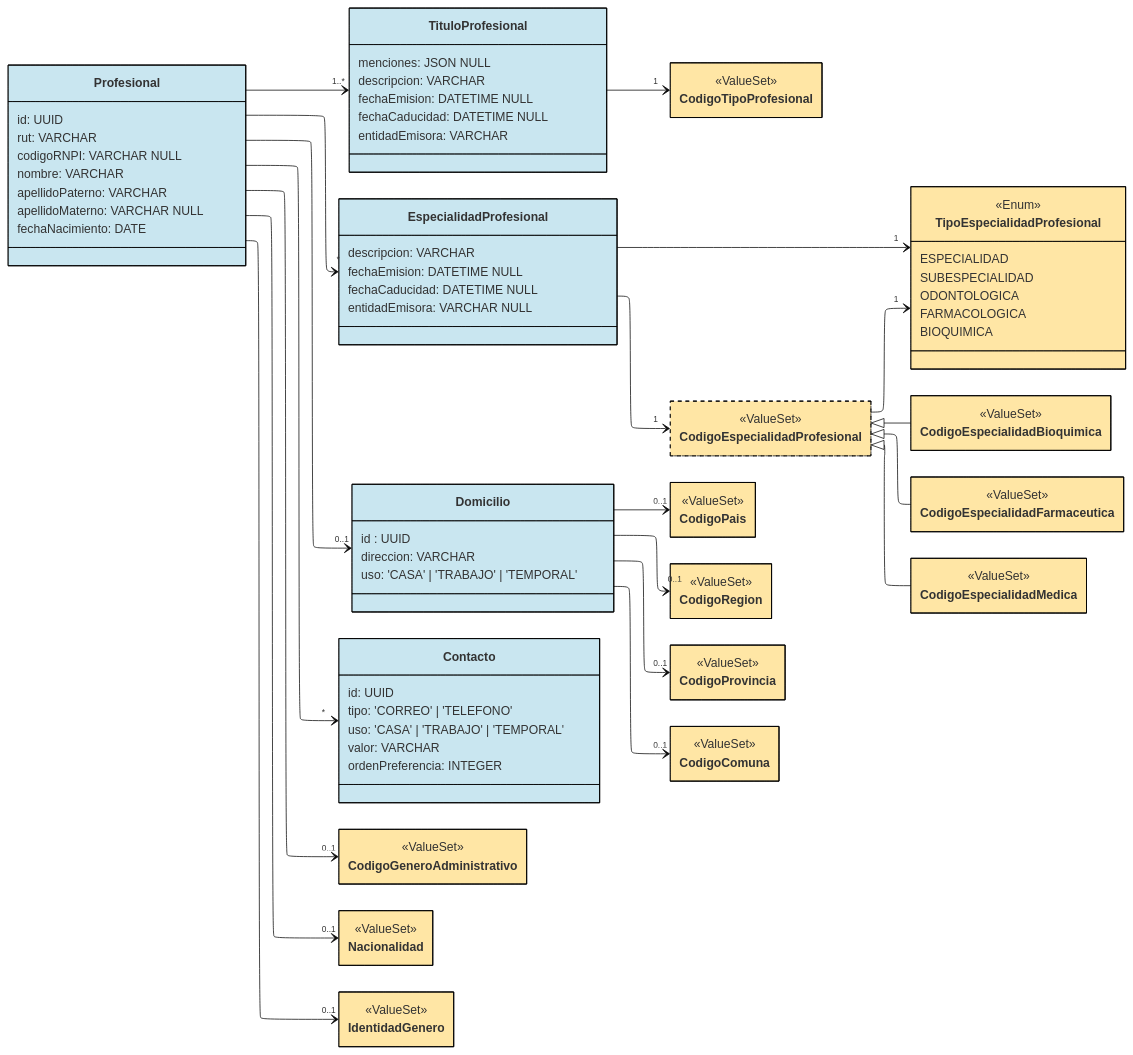
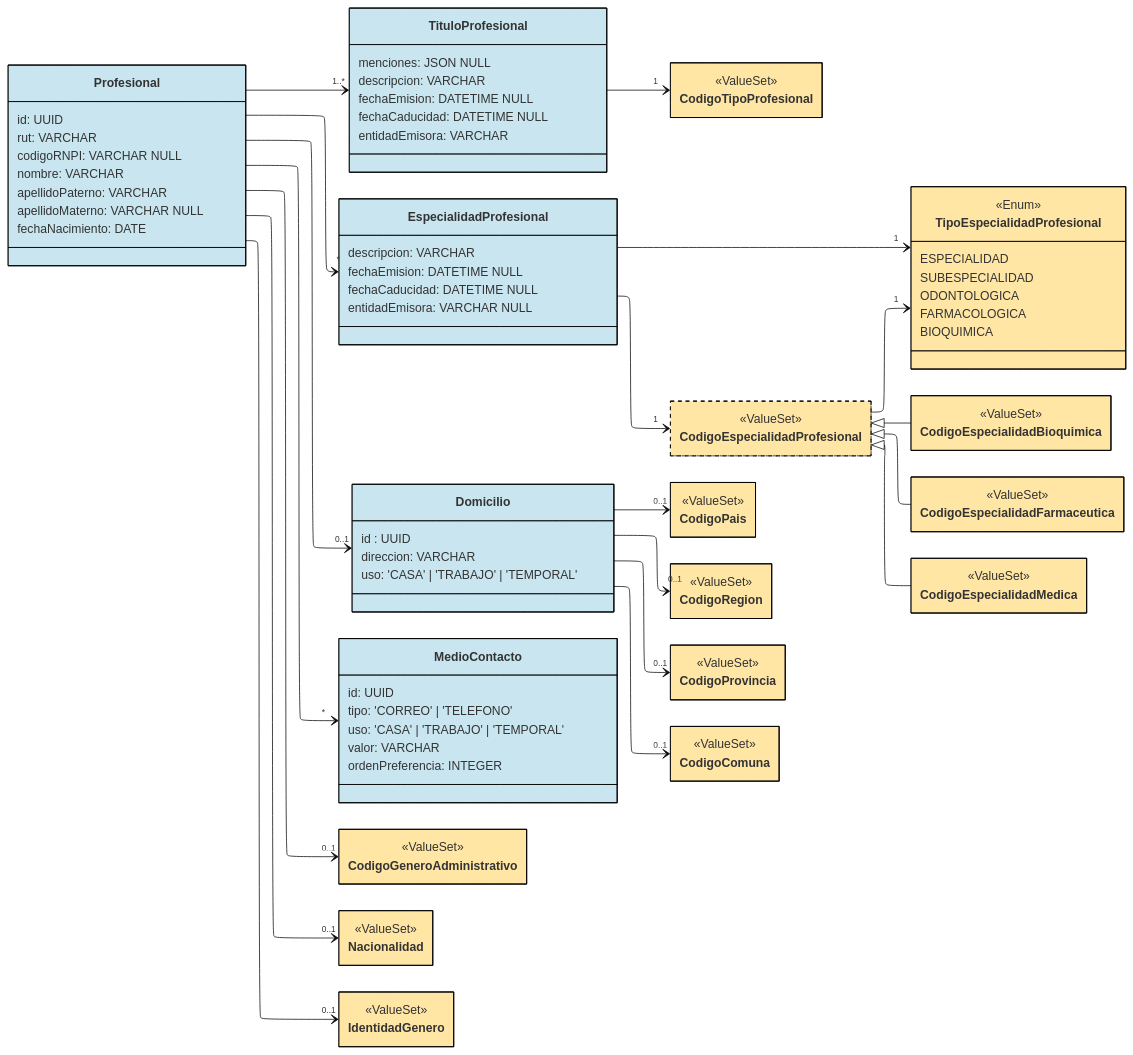
Before and after one commit to chris-f23/diagramas-fhir-tei: the diagram in docs/bundle-iniciar/Profesional.mmd, drawn with Mermaid. The commit also changed 1 other file, not shown here.

Commit message:
Agrega el diagrama para "paciente"

```diff
--- a/docs/bundle-iniciar/Profesional.mmd
+++ b/docs/bundle-iniciar/Profesional.mmd
@@ -1,134 +1,134 @@
 ---
 config:
   layout: elk
   theme: base
   class:
     hideEmptyMembersBox: true
   themeVariables:
     primaryBorderColor: "#000000"
     primaryColor: "#C9E6F0"
 ---
 
 classDiagram
 direction LR
 
 class Profesional {
   id: UUID
   rut: VARCHAR
   %% Codigo identificador en Registro Nacional de Prestadores Individuales, opcional.
   codigoRNPI: VARCHAR NULL
 
   nombre: VARCHAR
   apellidoPaterno: VARCHAR
   apellidoMaterno: VARCHAR NULL
 
   fechaNacimiento: DATE
 }
 
 class TituloProfesional {
   %% Su contenido es un array de strings
   menciones: JSON NULL
 
   descripcion: VARCHAR
   fechaEmision: DATETIME NULL
   fechaCaducidad: DATETIME NULL
   entidadEmisora: VARCHAR
 }
 
 class CodigoTipoProfesional { <<ValueSet>> }
 
 class EspecialidadProfesional {
   descripcion: VARCHAR
   fechaEmision: DATETIME NULL
   fechaCaducidad: DATETIME NULL
   entidadEmisora: VARCHAR NULL
 }
 
 class TipoEspecialidadProfesional {
   <<Enum>>
   ESPECIALIDAD
   SUBESPECIALIDAD
   ODONTOLOGICA
   FARMACOLOGICA
   BIOQUIMICA
 }
 
 
 class CodigoEspecialidadProfesional { <<ValueSet>> }
 
 class CodigoEspecialidadBioquimica { <<ValueSet>> }
 
 class CodigoEspecialidadFarmaceutica { <<ValueSet>> }
 
 class CodigoEspecialidadMedica { <<ValueSet>> }
 class Domicilio {
   id : UUID
   direccion: VARCHAR
   uso: 'CASA' | 'TRABAJO' | 'TEMPORAL'
 }
 
 class CodigoPais { <<ValueSet>> }
 
 class CodigoRegion { <<ValueSet>> }
 
 class CodigoProvincia { <<ValueSet>> }
 class CodigoComuna { <<ValueSet>> }
 
-class Contacto {
+class MedioContacto {
   id: UUID
   tipo: 'CORREO' | 'TELEFONO'
   uso: 'CASA' | 'TRABAJO' | 'TEMPORAL'
   valor: VARCHAR
   ordenPreferencia: INTEGER
 }
 class CodigoGeneroAdministrativo { <<ValueSet>> }
 
 class Nacionalidad { <<ValueSet>> }
 class IdentidadGenero { <<ValueSet>> }
 Domicilio --> "0..1" CodigoPais
 Domicilio --> "0..1" CodigoRegion
 Domicilio --> "0..1" CodigoProvincia
 Domicilio --> "0..1" CodigoComuna
 Profesional --> "0..1" Domicilio
 
 
 Profesional --> "1..*" TituloProfesional
 TituloProfesional --> "1" CodigoTipoProfesional
 EspecialidadProfesional --> "1" CodigoEspecialidadProfesional
 EspecialidadProfesional --> "1" TipoEspecialidadProfesional
 CodigoEspecialidadProfesional <|-- CodigoEspecialidadMedica
 CodigoEspecialidadProfesional <|-- CodigoEspecialidadBioquimica
 CodigoEspecialidadProfesional <|-- CodigoEspecialidadFarmaceutica
 Profesional --> "*" EspecialidadProfesional
 CodigoEspecialidadProfesional --> "1" TipoEspecialidadProfesional
 Profesional --> "0..1" IdentidadGenero
-Profesional --> "*" Contacto
+Profesional --> "*" MedioContacto
 Profesional --> "0..1" CodigoGeneroAdministrativo
 Profesional --> "0..1" Nacionalidad
 
 link Profesional "https://build.fhir.org/ig/Minsal-CL/SIGTEv2-IG/StructureDefinition-PractitionerProfesionalLE.html"
 link CodigoTipoProfesional "https://build.fhir.org/ig/Minsal-CL/SIGTEv2-IG/ValueSet-VSTituloProfesional.html"
 link CodigoEspecialidadBioquimica "https://build.fhir.org/ig/Minsal-CL/SIGTEv2-IG/ValueSet-VSEspecialidadBioqca.html"
 link CodigoEspecialidadFarmaceutica "https://build.fhir.org/ig/Minsal-CL/SIGTEv2-IG/ValueSet-VSEspecialidadFarmaceutica.html"
 link CodigoEspecialidadMedica "https://build.fhir.org/ig/Minsal-CL/SIGTEv2-IG/ValueSet-VSEspecialidadMed.html"
 link CodigoRegion "https://hl7chile.cl/fhir/ig/clcore/1.9.2/ValueSet-VSCodigosRegionesCL.html"
 link CodigoPais "https://hl7chile.cl/fhir/ig/clcore/1.9.2/ValueSet-CodPais.html"
 link CodigoProvincia "https://hl7chile.cl/fhir/ig/clcore/1.9.2/ValueSet-VSCodigosProvinciasCL.html"
 link CodigoComuna "https://hl7chile.cl/fhir/ig/clcore/1.9.2/ValueSet-VSCodigosComunaCL.html"
 link Nacionalidad "https://hl7chile.cl/fhir/ig/clcore/1.9.2/ValueSet-CodPais.html"
 link CodigoGeneroAdministrativo "https://hl7.org/fhir/R4/valueset-administrative-gender.html"
 link IdentidadGenero "https://hl7chile.cl/fhir/ig/clcore/1.9.2/ValueSet-VSIdentidaddeGenero.html"
 
 style CodigoRegion fill:#FFE6A5
 style CodigoPais fill:#FFE6A5
 style CodigoProvincia fill:#FFE6A5
 style CodigoComuna fill:#FFE6A5
 style CodigoTipoProfesional fill:#FFE6A5
 style TipoEspecialidadProfesional fill:#FFE6A5
 style CodigoEspecialidadProfesional fill:#FFE6A5,stroke-dasharray: 5 5
 style CodigoEspecialidadBioquimica fill:#FFE6A5
 style CodigoEspecialidadFarmaceutica fill:#FFE6A5
 style CodigoEspecialidadMedica fill:#FFE6A5
 style Nacionalidad fill:#FFE6A5
 style CodigoGeneroAdministrativo fill:#FFE6A5
 style IdentidadGenero fill:#FFE6A5
```
